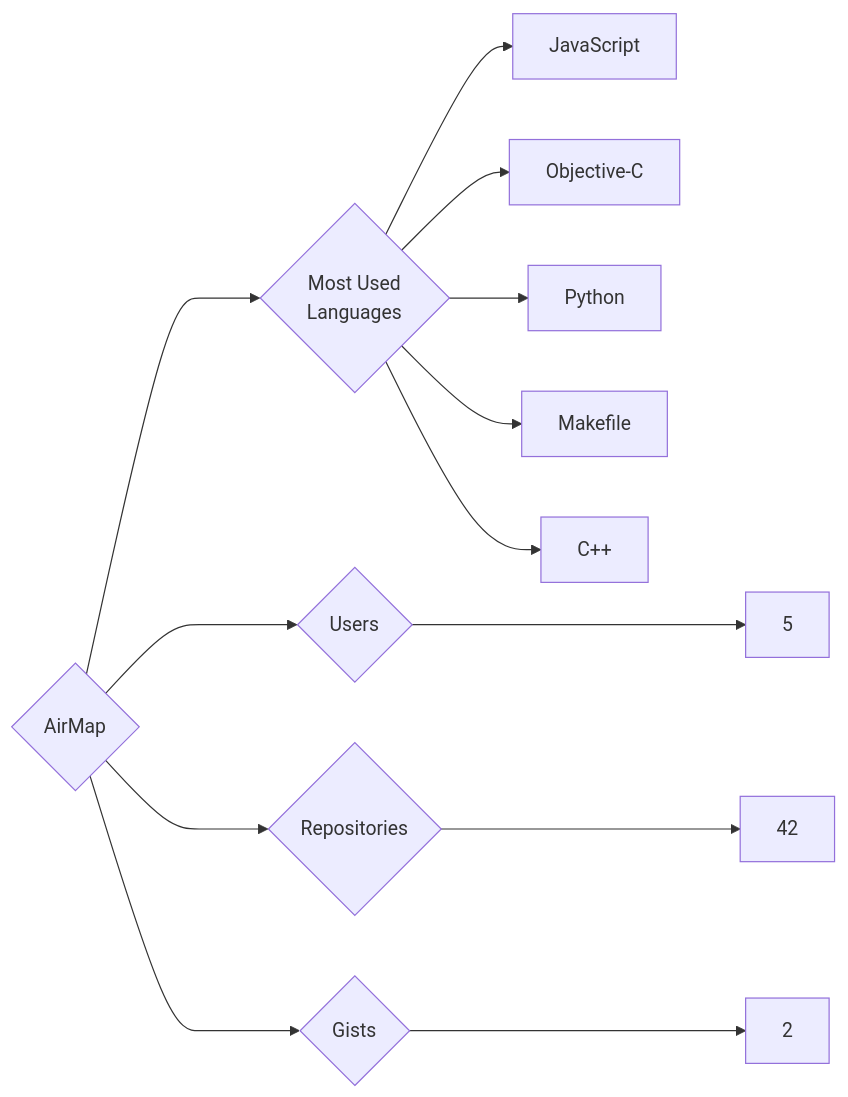
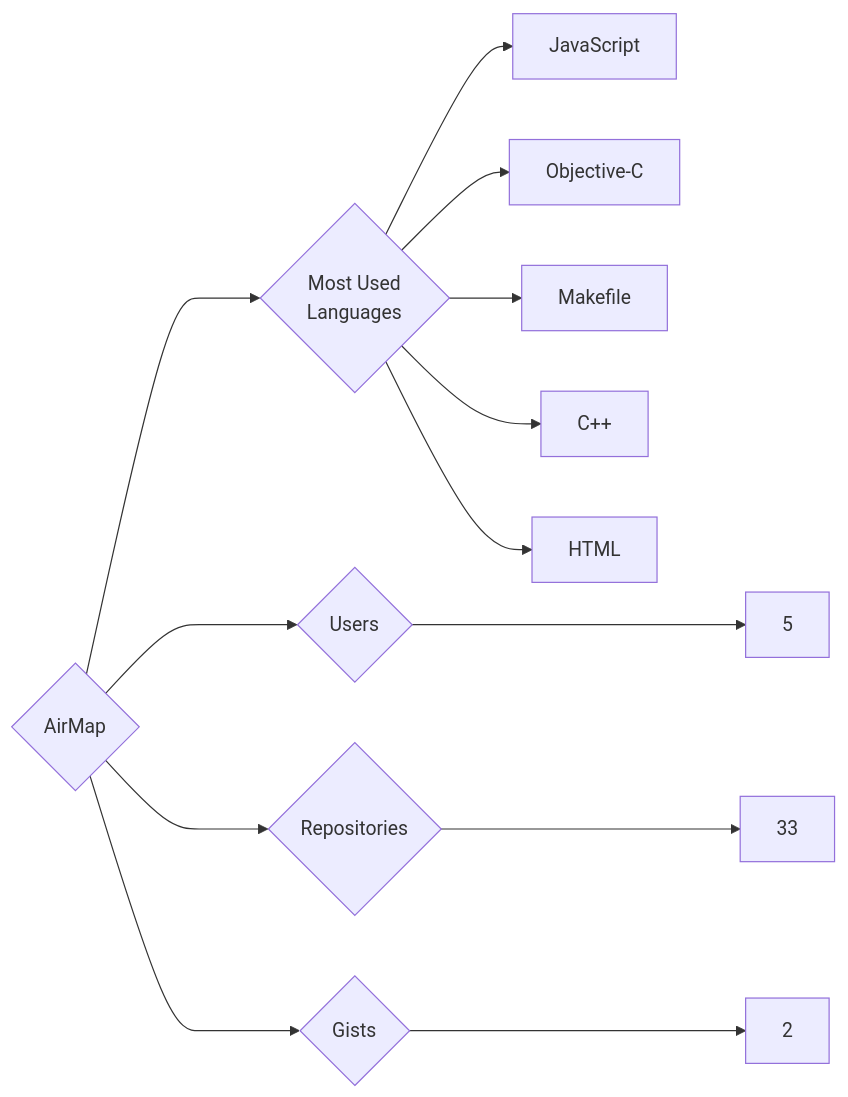
One commit to trickest/insiders changed the diagram in targets/AirMap/README.md. Above: the diagram before and after it, drawn with Mermaid. The commit also changed 997 other files, not shown here.

````diff
--- a/targets/AirMap/README.md
+++ b/targets/AirMap/README.md
@@ -3,13 +3,13 @@
 ```mermaid
 graph LR
 COMPANY_NAME{AirMap}
 COMPANY_NAME ---> U{Users} ---> UN[5]
-COMPANY_NAME ---> R{Repositories} ---> RN[42]
+COMPANY_NAME ---> R{Repositories} ---> RN[33]
 COMPANY_NAME ---> G{Gists} ---> GN[2]
 COMPANY_NAME ---> ML{Most Used<br>Languages}
 ML --> JavaScript[JavaScript]
 ML --> Objective-C[Objective-C]
-ML --> Python[Python]
 ML --> Makefile[Makefile]
 ML --> C++[C++]
+ML --> HTML[HTML]
 ```
````
